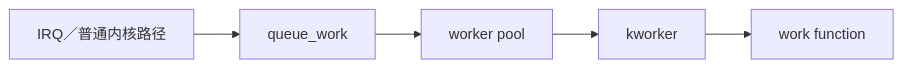
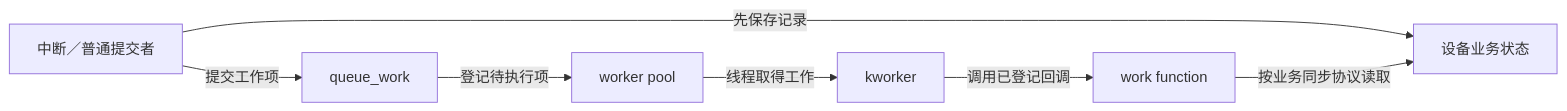
One commit to FormingSystem/linux_note changed the first of 3 diagrams in knowledge/linux/synchronization_and_asynchrony/asynchrony/workqueue/P01_工作队列.md. Above: the diagram before and after it, drawn with Mermaid. The commit also changed other lines of this file and 10 other files, not shown here.

````diff
--- a/knowledge/linux/synchronization_and_asynchrony/asynchrony/workqueue/P01_工作队列.md
+++ b/knowledge/linux/synchronization_and_asynchrony/asynchrony/workqueue/P01_工作队列.md
@@ -17,7 +21,9 @@
 ```mermaid
 flowchart LR
-    I[IRQ／普通内核路径] --> Q[queue_work]
-    Q --> P[worker pool]
-    P --> K[kworker]
-    K --> F[work function]
+    I[中断／普通提交者] -->|先保存记录| D[设备业务状态]
+    I -->|提交工作项| Q[queue_work]
+    Q -->|登记待执行项| P[worker pool]
+    P -->|线程取得工作| K[kworker]
+    K -->|调用已登记回调| F[work function]
+    F -->|按业务同步协议读取| D
 ```
````
